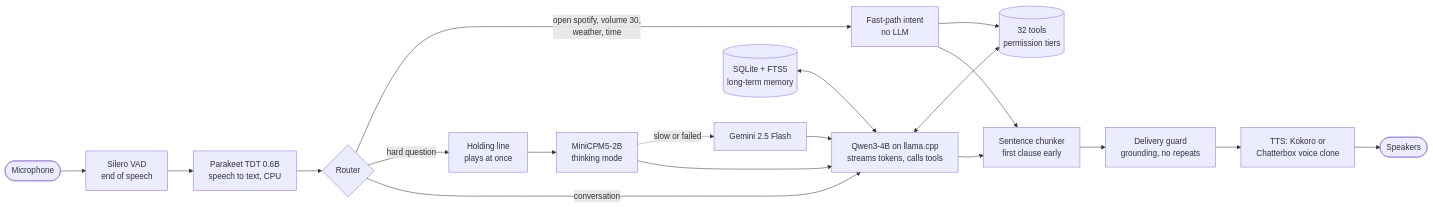
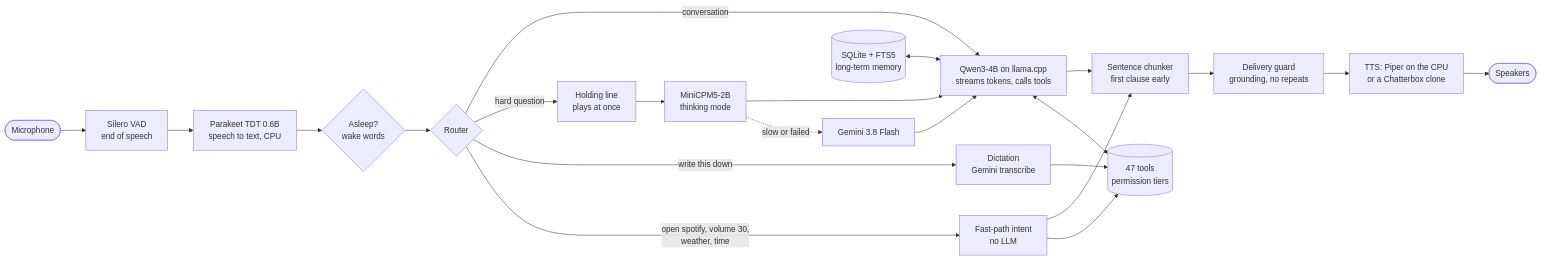
The diagram in README.md (Thaneerrjun7/local-AI-assistant-AJ), drawn with Mermaid before and after one commit. The commit also changed other lines of this file and 200 other files, not shown here.

````diff
--- a/README.md
+++ b/README.md
@@ -34,21 +37,24 @@
 ```mermaid
 flowchart LR
     Mic([Microphone]) --> VAD[Silero VAD<br/>end of speech]
     VAD --> STT[Parakeet TDT 0.6B<br/>speech to text, CPU]
-    STT --> Router{Router}
+    STT --> Wake{Asleep?<br/>wake words}
+    Wake --> Router{Router}
     Router -- "open spotify, volume 30,<br/>weather, time" --> Fast[Fast-path intent<br/>no LLM]
+    Router -- "write this down" --> Dict[Dictation<br/>Gemini transcribe]
     Router -- "hard question" --> Hold[Holding line<br/>plays at once]
     Hold --> Thinker[MiniCPM5-2B<br/>thinking mode]
-    Thinker -. "slow or failed" .-> Gemini[Gemini 2.5 Flash]
+    Thinker -. "slow or failed" .-> Gemini[Gemini 3.8 Flash]
     Router -- "conversation" --> Qwen[Qwen3-4B on llama.cpp<br/>streams tokens, calls tools]
-    Fast --> Tools[(32 tools<br/>permission tiers)]
+    Fast --> Tools[(47 tools<br/>permission tiers)]
+    Dict --> Tools
     Qwen <--> Tools
     Thinker --> Qwen
     Gemini --> Qwen
     Memory[(SQLite + FTS5<br/>long-term memory)] <--> Qwen
     Qwen --> Chunk[Sentence chunker<br/>first clause early]
     Fast --> Chunk
     Chunk --> Guard[Delivery guard<br/>grounding, no repeats]
-    Guard --> TTS[TTS: Kokoro or<br/>Chatterbox voice clone]
+    Guard --> TTS[TTS: Piper on the CPU<br/>or a Chatterbox clone]
     TTS --> Speaker([Speakers])
 ```
````
